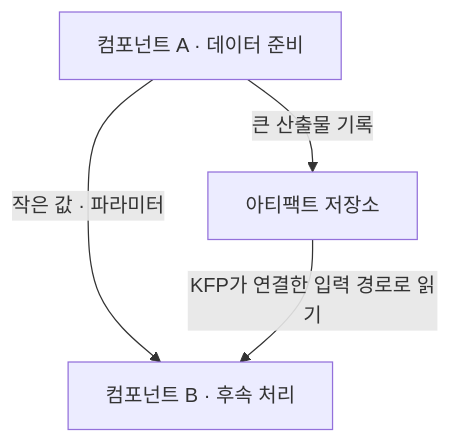
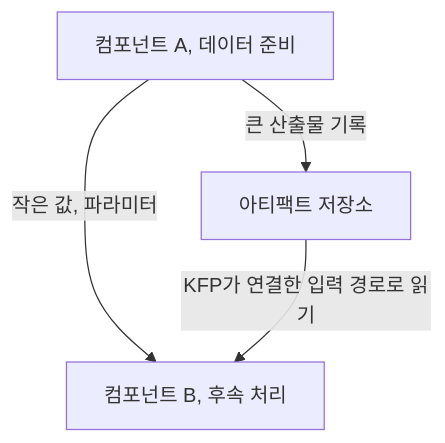
The diagram in content/docs/tech/machine-learning-platform-engineering/07-data-preparation.md (johklo/johklo.github.io), drawn with Mermaid before and after one commit. The commit also changed other lines of this file and 14 other files, not shown here.

````diff
--- a/content/docs/tech/machine-learning-platform-engineering/07-data-preparation.md
+++ b/content/docs/tech/machine-learning-platform-engineering/07-data-preparation.md
@@ -40,9 +38,9 @@
 ```mermaid
 flowchart TD
     accTitle: 파라미터와 아티팩트의 데이터 전달 경로
     accDescr: 작은 설정값은 다음 컴포넌트의 파라미터로 전달합니다. 큰 데이터는 KFP가 관리하는 저장소의 아티팩트로 기록하고 다음 컴포넌트가 입력 경로를 통해 읽습니다.
-    A["컴포넌트 A · 데이터 준비"]
-    A -->|"작은 값 · 파라미터"| B["컴포넌트 B · 후속 처리"]
+    A["컴포넌트 A, 데이터 준비"]
+    A -->|"작은 값, 파라미터"| B["컴포넌트 B, 후속 처리"]
     A -->|"큰 산출물 기록"| S["아티팩트 저장소"]
     S -->|"KFP가 연결한 입력 경로로 읽기"| B
 ```
````
